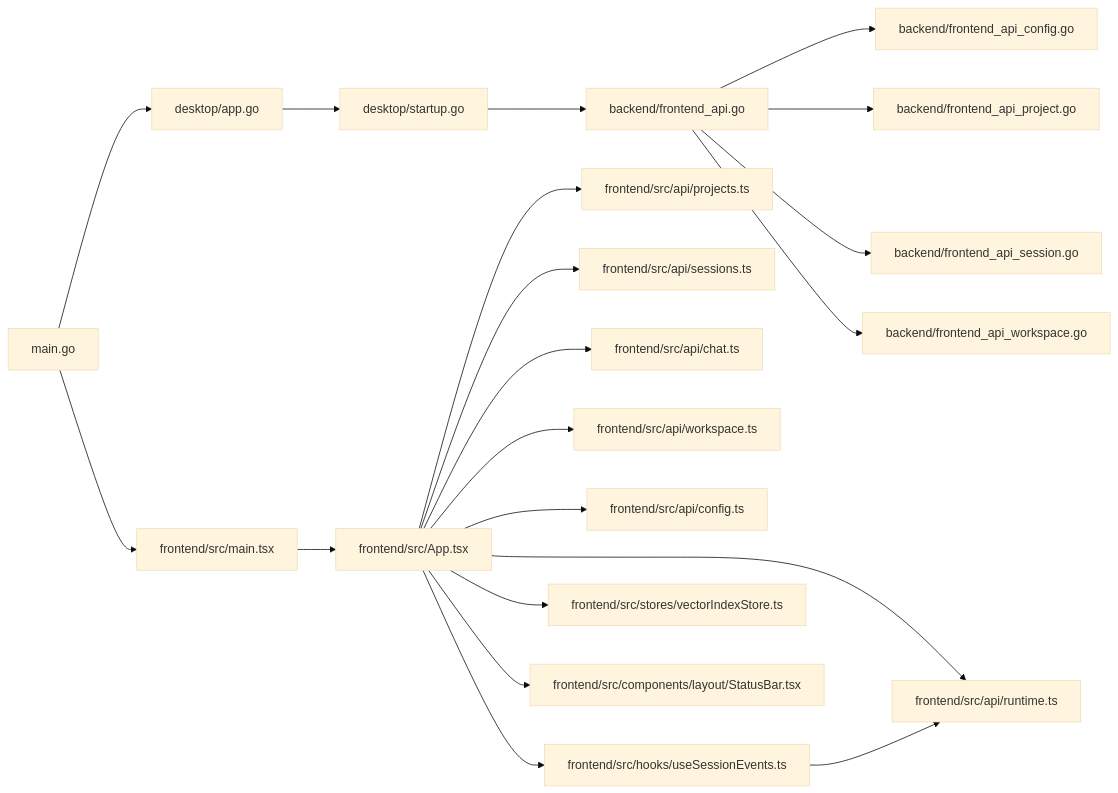
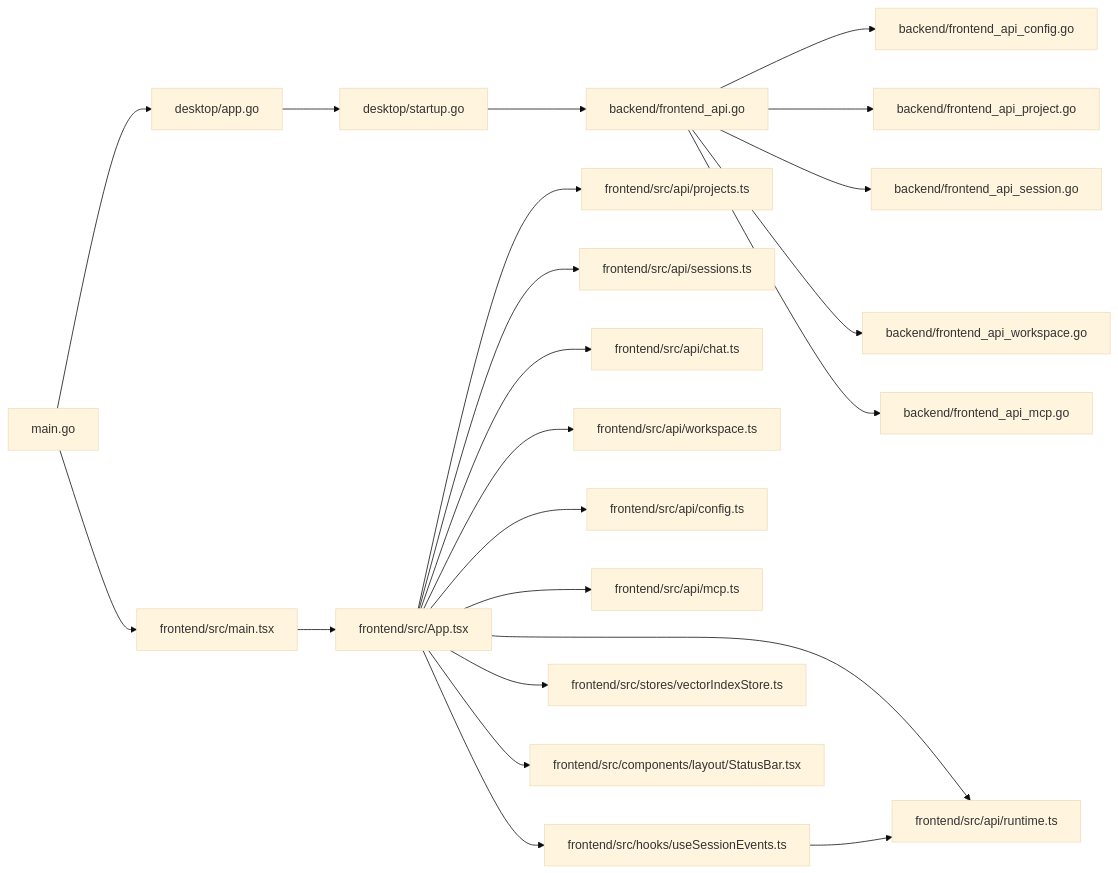
Before and after one commit to v0lka/c0wrk: the third of 3 diagrams in .qoder/repowiki/en/content/Frontend Application/Application Architecture.md, drawn with Mermaid (base theme). The commit also changed other lines of this file and 5 other files, not shown here.

````diff
--- a/.qoder/repowiki/en/content/Frontend Application/Application Architecture.md
+++ b/.qoder/repowiki/en/content/Frontend Application/Application Architecture.md
@@ -496,22 +552,24 @@
 ```mermaid
 graph LR
 MAIN["main.go"] --> DAPP["desktop/app.go"]
 DAPP --> DSTART["desktop/startup.go"]
 DSTART --> FAP["backend/frontend_api.go"]
 FAP --> FAPCFG["backend/frontend_api_config.go"]
 FAP --> FAPPROJ["backend/frontend_api_project.go"]
 FAP --> FAPSESS["backend/frontend_api_session.go"]
 FAP --> FAPWS["backend/frontend_api_workspace.go"]
+FAP --> FAPMCP["backend/frontend_api_mcp.go"]
 MAIN --> FE["frontend/src/main.tsx"]
 FE --> APP["frontend/src/App.tsx"]
 APP --> RT["frontend/src/api/runtime.ts"]
 APP --> PROJ["frontend/src/api/projects.ts"]
 APP --> SESS["frontend/src/api/sessions.ts"]
 APP --> CHAT["frontend/src/api/chat.ts"]
 APP --> WS["frontend/src/api/workspace.ts"]
 APP --> CFG["frontend/src/api/config.ts"]
+APP --> MCP["frontend/src/api/mcp.ts"]
 APP --> ESE["frontend/src/hooks/useSessionEvents.ts"]
 APP --> VIS["frontend/src/stores/vectorIndexStore.ts"]
 APP --> STS["frontend/src/components/layout/StatusBar.tsx"]
 ESE --> RT
 ```
````
